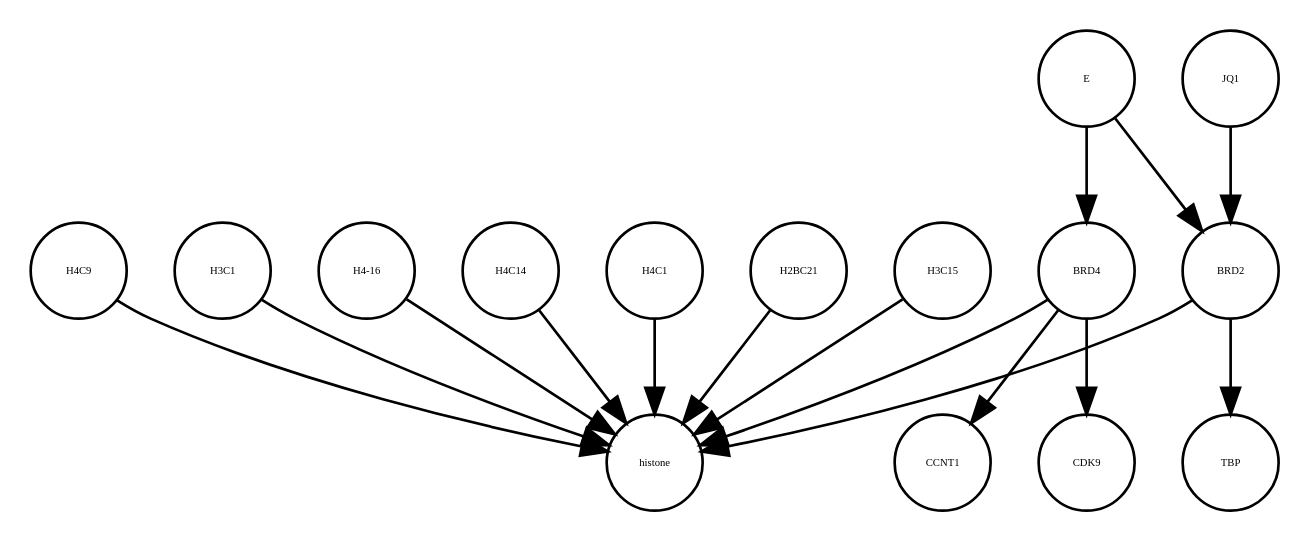
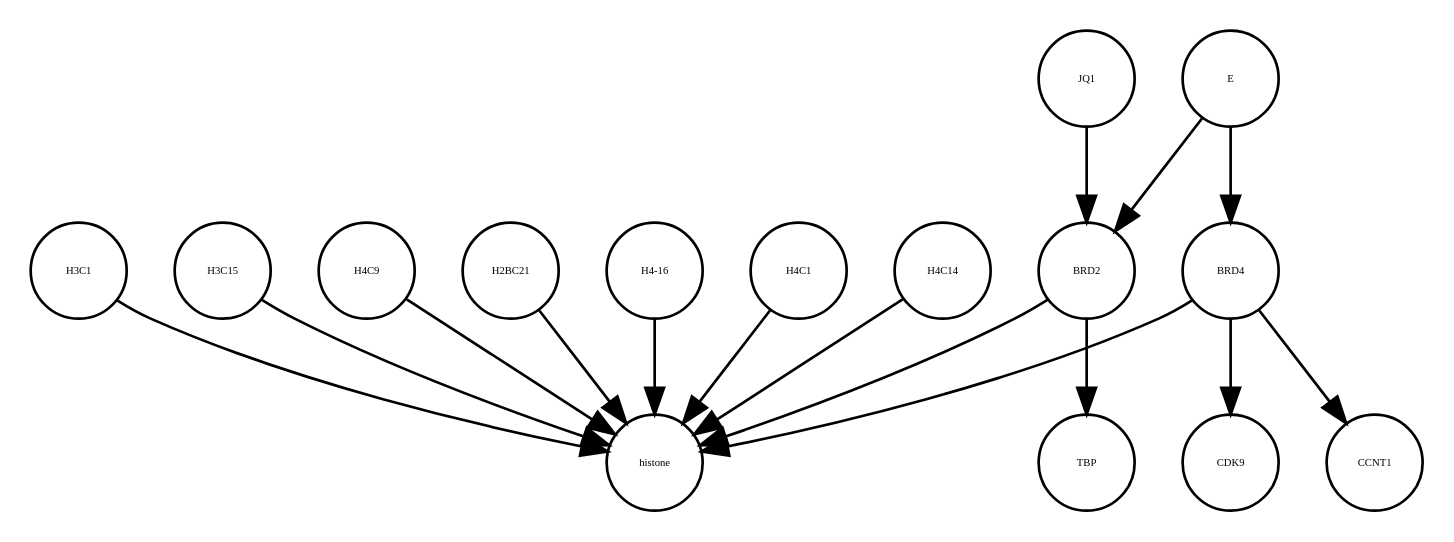
Before and after one commit to cannin/covid19-sbgn: the diagram in E_SARS_CoV_2_21_05_2020.xml_projected.dot, drawn with Graphviz. The commit also changed other lines of this file and 637 other files, not shown here.

```diff
--- a/E_SARS_CoV_2_21_05_2020.xml_projected.dot
+++ b/E_SARS_CoV_2_21_05_2020.xml_projected.dot
@@ -1,32 +1,32 @@
 strict digraph  {
+histone [annotation="", bipartite=0, cls=complex, fontsize=4, label=histone, shape=circle];
+JQ1 [annotation="", bipartite=0, cls=macromolecule, fontsize=4, label=JQ1, shape=circle];
+H3C15 [annotation="", bipartite=0, cls=macromolecule, fontsize=4, label=H3C15, shape=circle];
+H4C9 [annotation="", bipartite=0, cls=macromolecule, fontsize=4, label=H4C9, shape=circle];
+H2BC21 [annotation="", bipartite=0, cls=macromolecule, fontsize=4, label=H2BC21, shape=circle];
+TBP [annotation="", bipartite=0, cls=macromolecule, fontsize=4, label=TBP, shape=circle];
+"H4-16" [annotation="", bipartite=0, cls=macromolecule, fontsize=4, label="H4-16", shape=circle];
+BRD2 [annotation="", bipartite=0, cls=macromolecule, fontsize=4, label=BRD2, shape=circle];
+H4C1 [annotation="", bipartite=0, cls=macromolecule, fontsize=4, label=H4C1, shape=circle];
+H4C14 [annotation="", bipartite=0, cls=macromolecule, fontsize=4, label=H4C14, shape=circle];
 H3C1 [annotation="", bipartite=0, cls=macromolecule, fontsize=4, label=H3C1, shape=circle];
-"H4-16" [annotation="", bipartite=0, cls=macromolecule, fontsize=4, label="H4-16", shape=circle];
-H4C14 [annotation="", bipartite=0, cls=macromolecule, fontsize=4, label=H4C14, shape=circle];
-H4C1 [annotation="", bipartite=0, cls=macromolecule, fontsize=4, label=H4C1, shape=circle];
-JQ1 [annotation="", bipartite=0, cls=macromolecule, fontsize=4, label=JQ1, shape=circle];
-TBP [annotation="", bipartite=0, cls=macromolecule, fontsize=4, label=TBP, shape=circle];
+CDK9 [annotation="", bipartite=0, cls=macromolecule, fontsize=4, label=CDK9, shape=circle];
 BRD4 [annotation="", bipartite=0, cls=macromolecule, fontsize=4, label=BRD4, shape=circle];
+CCNT1 [annotation="", bipartite=0, cls=macromolecule, fontsize=4, label=CCNT1, shape=circle];
 E [annotation=urn_miriam_ncbiprotein_BCD58755, bipartite=0, cls=macromolecule, fontsize=4, label=E, shape=circle];
-H2BC21 [annotation="", bipartite=0, cls=macromolecule, fontsize=4, label=H2BC21, shape=circle];
-BRD2 [annotation="", bipartite=0, cls=macromolecule, fontsize=4, label=BRD2, shape=circle];
-CCNT1 [annotation="", bipartite=0, cls=macromolecule, fontsize=4, label=CCNT1, shape=circle];
-H3C15 [annotation="", bipartite=0, cls=macromolecule, fontsize=4, label=H3C15, shape=circle];
-histone [annotation="", bipartite=0, cls=complex, fontsize=4, label=histone, shape=circle];
-CDK9 [annotation="", bipartite=0, cls=macromolecule, fontsize=4, label=CDK9, shape=circle];
-H4C9 [annotation="", bipartite=0, cls=macromolecule, fontsize=4, label=H4C9, shape=circle];
+JQ1 -> BRD2  [annotation="urn_miriam_doi_10.1038%2Fs41586-020-2286-9|urn_miriam_doi_10.1080%2F15592294.2018.1469891", interaction_type=inhibition];
+H3C15 -> histone  [annotation="", interaction_type=production];
+H4C9 -> histone  [annotation="", interaction_type=production];
+H2BC21 -> histone  [annotation="", interaction_type=production];
+"H4-16" -> histone  [annotation="", interaction_type=production];
+BRD2 -> histone  [annotation="urn_miriam_doi_10.1038%2Fnsmb.3228.|urn_miriam_doi_10.1016%2Fj.molcel.2008.01.018", interaction_type=catalysis];
+BRD2 -> TBP  [annotation="urn_miriam_doi_10.1007%2Fs11010-006-9223-6", interaction_type=catalysis];
+H4C1 -> histone  [annotation="", interaction_type=production];
+H4C14 -> histone  [annotation="", interaction_type=production];
 H3C1 -> histone  [annotation="", interaction_type=production];
-"H4-16" -> histone  [annotation="", interaction_type=production];
-H4C14 -> histone  [annotation="", interaction_type=production];
-H4C1 -> histone  [annotation="", interaction_type=production];
-JQ1 -> BRD2  [annotation="urn_miriam_doi_10.1038%2Fs41586-020-2286-9|urn_miriam_doi_10.1080%2F15592294.2018.1469891", interaction_type=inhibition];
 BRD4 -> histone  [annotation="urn_miriam_doi_10.1038%2Fnsmb.3228.|urn_miriam_doi_10.1016%2Fj.molcel.2008.01.018", interaction_type=catalysis];
+BRD4 -> CDK9  [annotation=urn_miriam_taxonomy_10090, interaction_type=catalysis];
 BRD4 -> CCNT1  [annotation="", interaction_type=catalysis];
-BRD4 -> CDK9  [annotation=urn_miriam_taxonomy_10090, interaction_type=catalysis];
 E -> BRD2  [annotation="urn_miriam_doi_10.1038%2Fs41586-020-2286-9|urn_miriam_doi_10.1080%2F15592294.2018.1469891", interaction_type=inhibition];
 E -> BRD4  [annotation="urn_miriam_doi_10.1038%2Fs41586-020-2286-9", interaction_type=inhibition];
-H2BC21 -> histone  [annotation="", interaction_type=production];
-BRD2 -> histone  [annotation="urn_miriam_doi_10.1038%2Fnsmb.3228.|urn_miriam_doi_10.1016%2Fj.molcel.2008.01.018", interaction_type=catalysis];
-BRD2 -> TBP  [annotation="urn_miriam_doi_10.1007%2Fs11010-006-9223-6", interaction_type=catalysis];
-H3C15 -> histone  [annotation="", interaction_type=production];
-H4C9 -> histone  [annotation="", interaction_type=production];
 }
```
